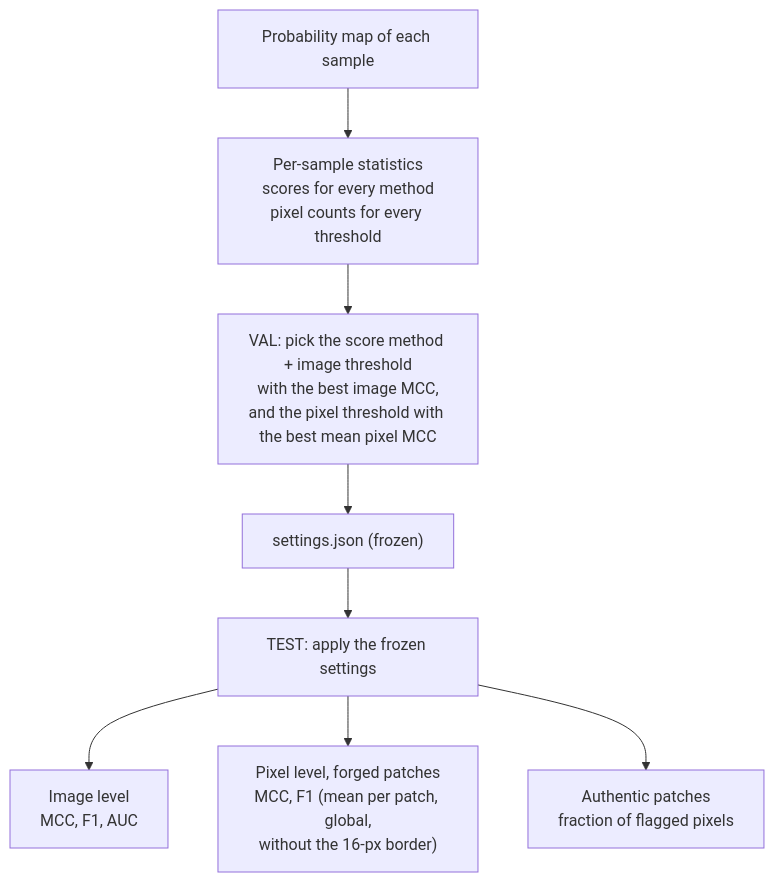
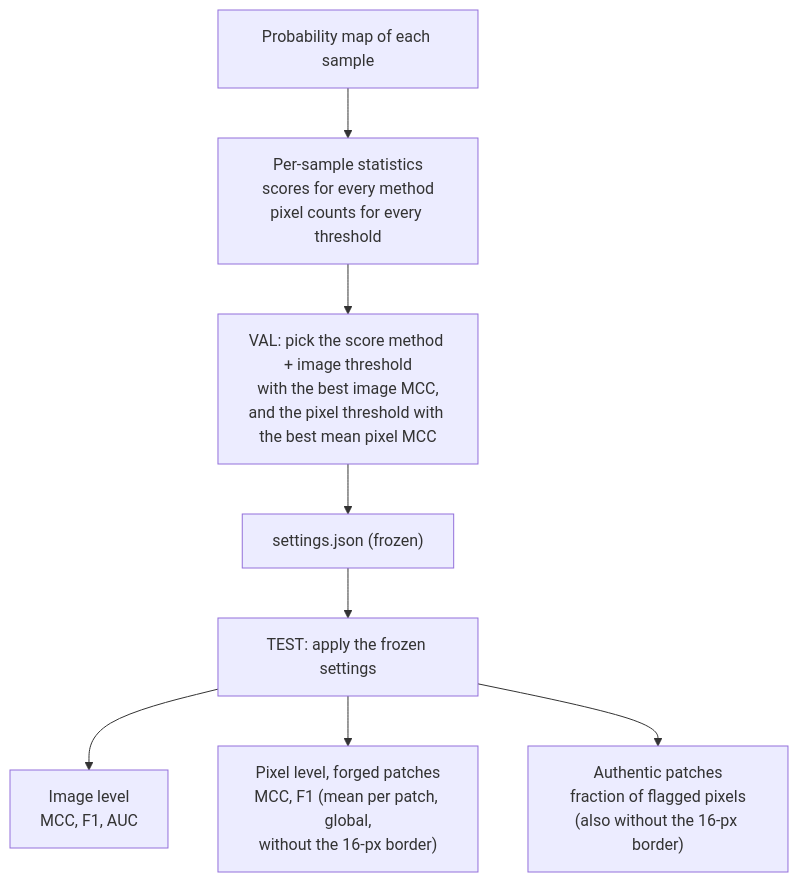
The sixth of 6 diagrams in docs/architecture_v0.1.md (bonlieuguillaume/aletheia), drawn with Mermaid before and after one commit. The commit also changed other lines of this file, not shown here.

Commit message:
docs: detail the false-alarm fraction and the two border-free figures

````diff
--- a/docs/architecture_v0.1.md
+++ b/docs/architecture_v0.1.md
@@ -176,10 +176,10 @@
 ```mermaid
 flowchart TB
     MAP["Probability map of each sample"] --> STATS["Per-sample statistics<br/>scores for every method<br/>pixel counts for every threshold"]
     STATS --> VALSEL["VAL: pick the score method + image threshold<br/>with the best image MCC,<br/>and the pixel threshold with the best mean pixel MCC"]
     VALSEL --> FROZEN["settings.json (frozen)"]
     FROZEN --> TESTM["TEST: apply the frozen settings"]
     TESTM --> IMG["Image level<br/>MCC, F1, AUC"]
     TESTM --> PIX["Pixel level, forged patches<br/>MCC, F1 (mean per patch, global,<br/>without the 16-px border)"]
-    TESTM --> FA["Authentic patches<br/>fraction of flagged pixels"]
+    TESTM --> FA["Authentic patches<br/>fraction of flagged pixels<br/>(also without the 16-px border)"]
 ```
````
